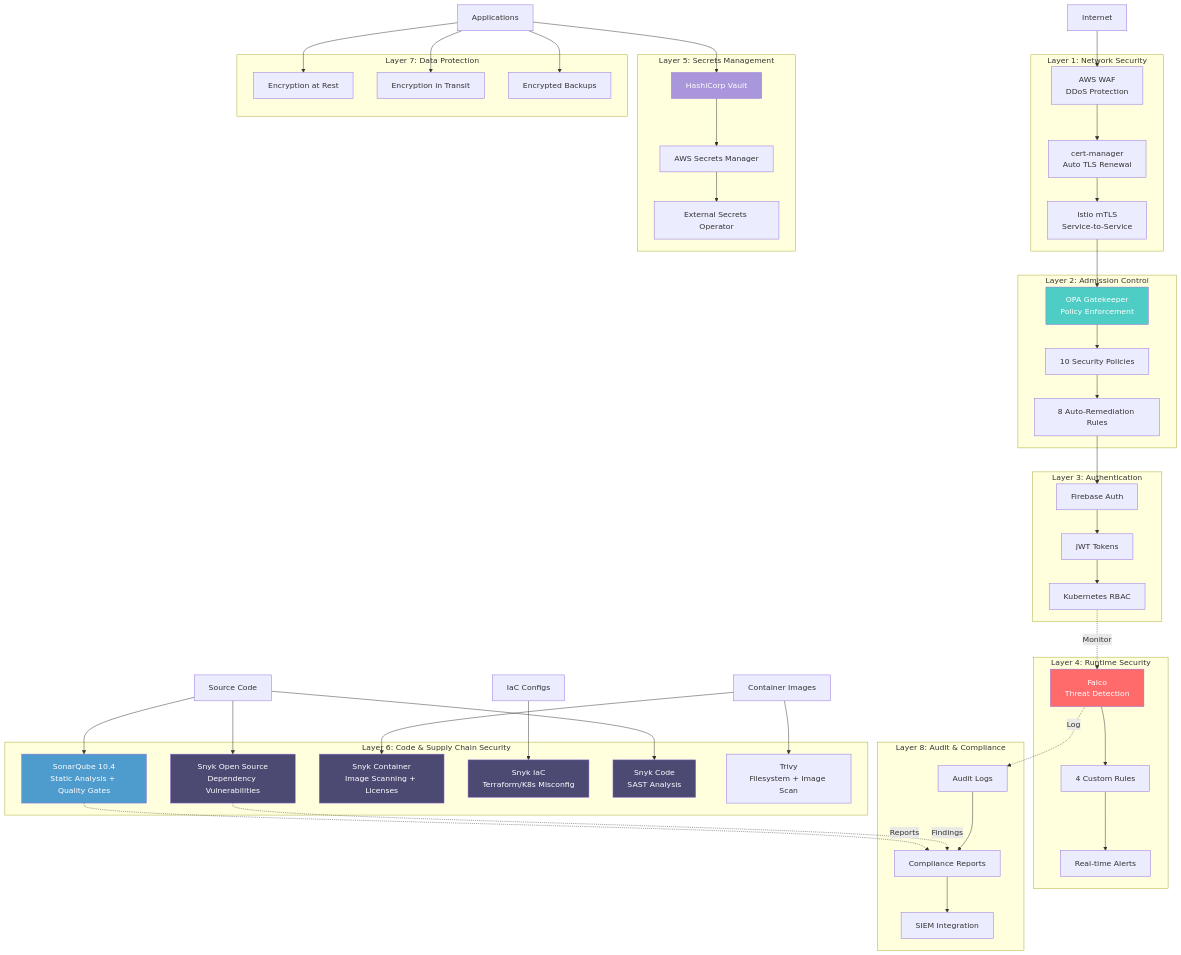
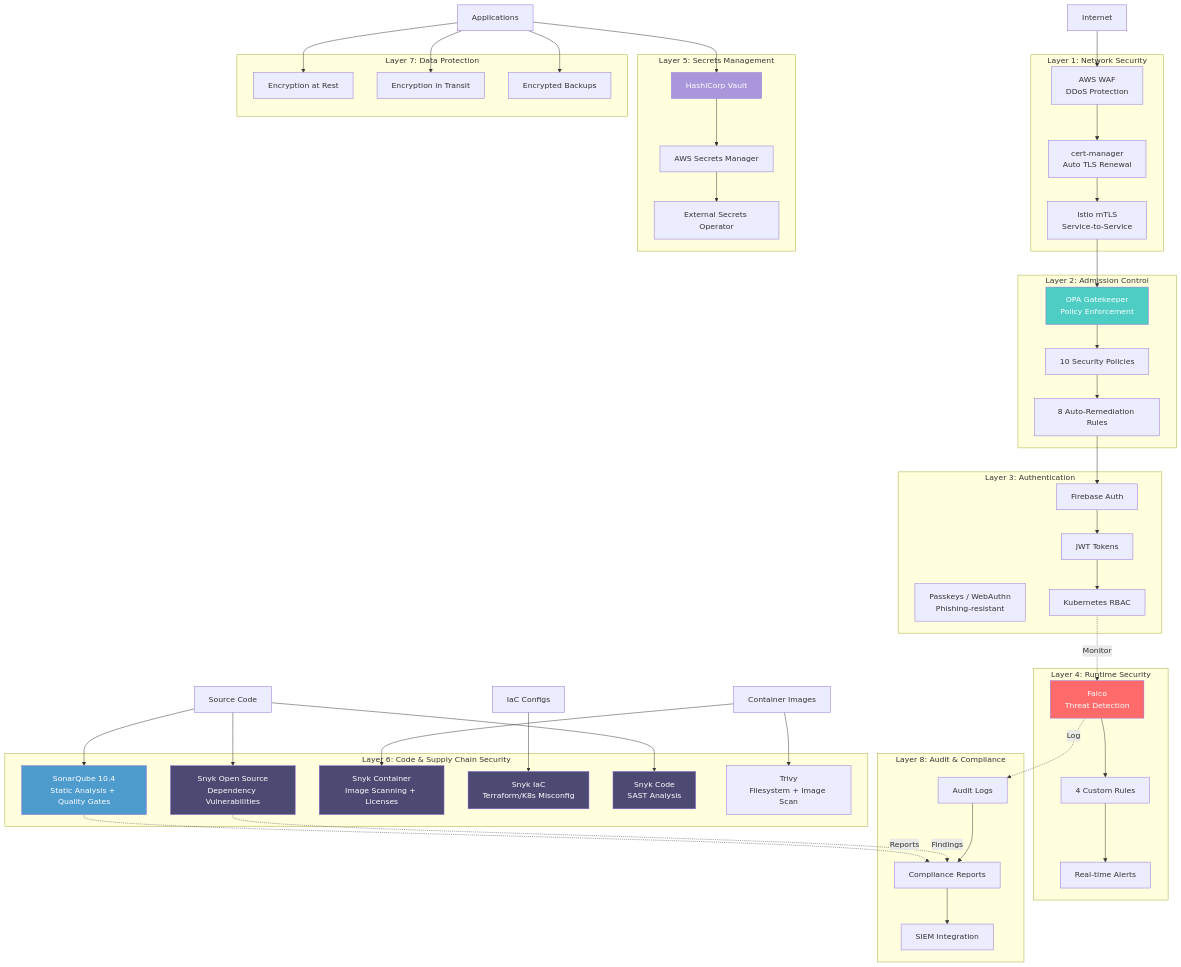
One commit to Derek-miranda/DocuThinker-AI changed diagram 24 of 35 in ARCHITECTURE.md. Above: the diagram before and after it, drawn with Mermaid. The commit also changed other lines of this file and 5 other files, not shown here.

First line of the commit message:
docs(passkeys): document WebAuthn endpoints and feature across specs & docs

```diff
--- a/ARCHITECTURE.md
+++ b/ARCHITECTURE.md
@@ -1868,6 +1917,7 @@
     subgraph "Layer 3: Authentication"
         FIREBASE[Firebase Auth]
         JWT[JWT Tokens]
+        WEBAUTHN[Passkeys / WebAuthn<br/>Phishing-resistant]
         RBAC[Kubernetes RBAC]
     end
 
```
